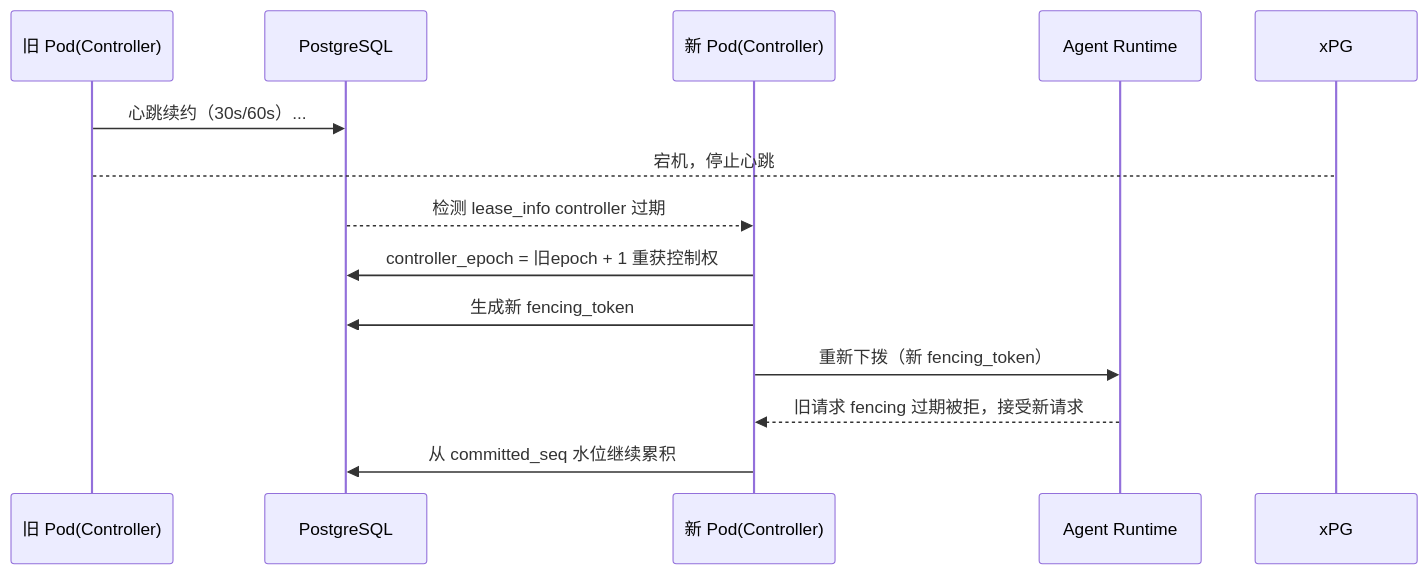
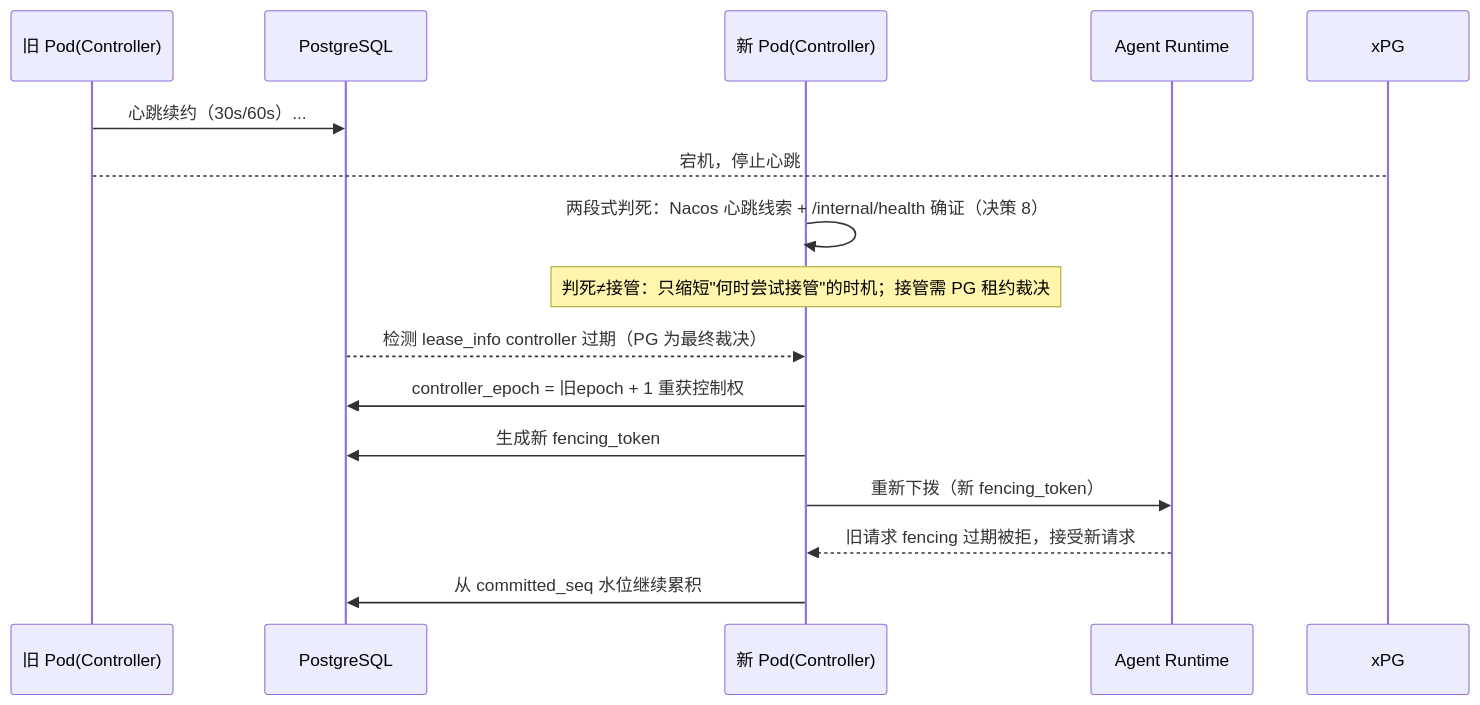
One commit to JamesLi-NLP/AgentGateway changed the third of 9 diagrams in design/turn-scheduler-lld.md. Above: the diagram before and after it, drawn with Mermaid. The commit also changed other lines of this file and 13 other files, not shown here.

````diff
--- a/design/turn-scheduler-lld.md
+++ b/design/turn-scheduler-lld.md
@@ -604,16 +604,18 @@
 ```mermaid
 sequenceDiagram
     participant OA as 旧 Pod(Controller)
     participant PG as PostgreSQL
     participant NB as 新 Pod(Controller)
     participant RT as Agent Runtime
 
     OA->>PG: 心跳续约（30s/60s）...
     OA-->xPG: 宕机，停止心跳
-    PG-->>NB: 检测 lease_info controller 过期
+    NB->>NB: 两段式判死：Nacos 心跳线索 + /internal/health 确证（决策 8）
+    Note over NB: 判死≠接管：只缩短"何时尝试接管"的时机；接管需 PG 租约裁决
+    PG-->>NB: 检测 lease_info controller 过期（PG 为最终裁决）
     NB->>PG: controller_epoch = 旧epoch + 1 重获控制权
     NB->>PG: 生成新 fencing_token
     NB->>RT: 重新下拨（新 fencing_token）
     RT-->>NB: 旧请求 fencing 过期被拒，接受新请求
     NB->>PG: 从 committed_seq 水位继续累积
 ```
````
